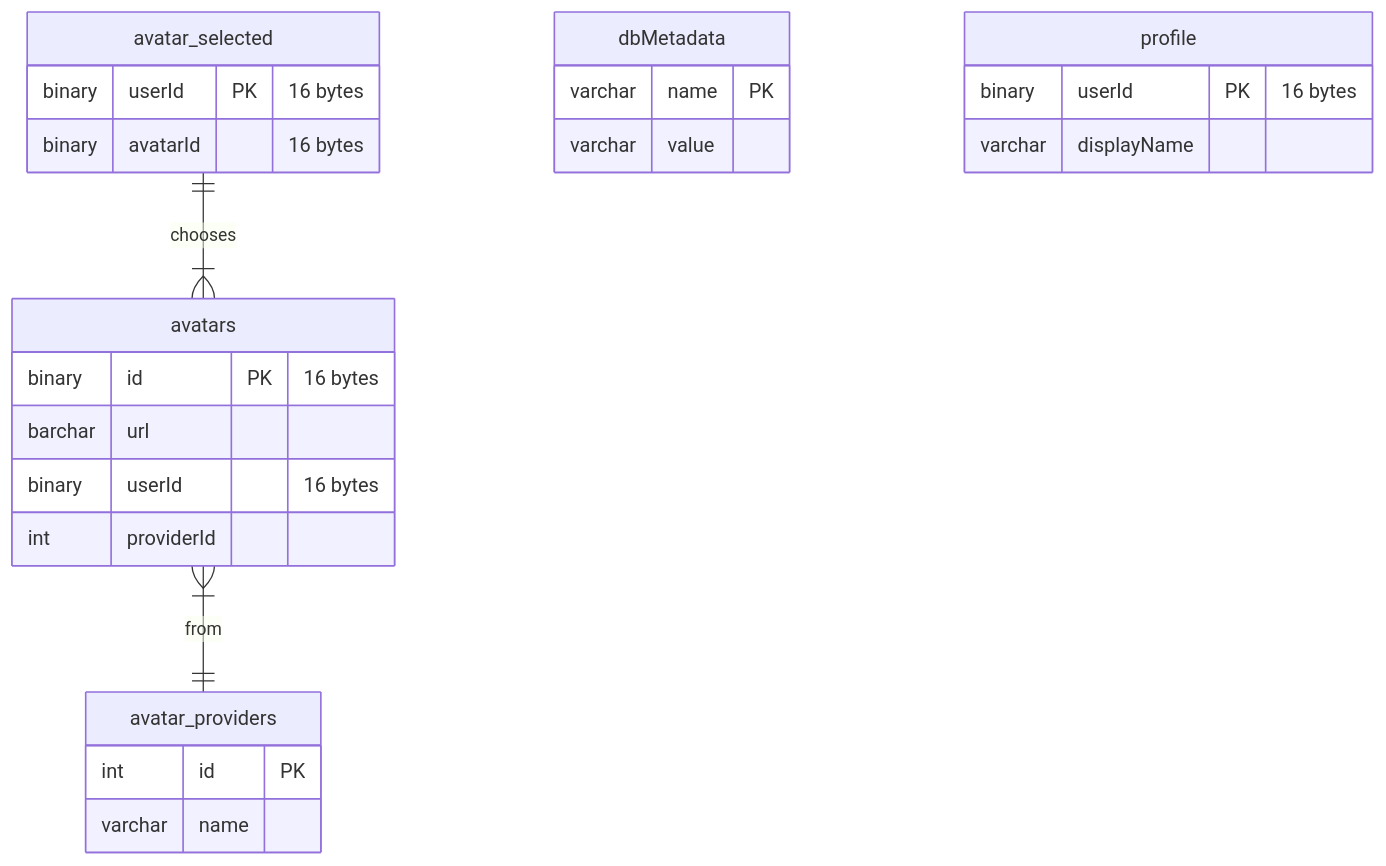
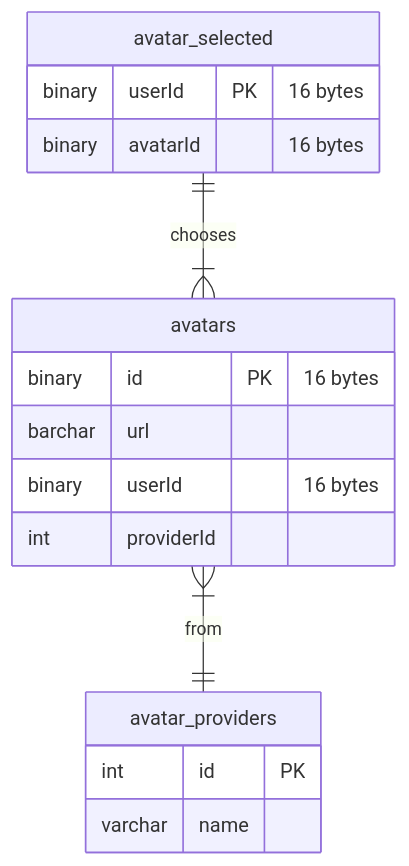
One commit to mozilla/ecosystem-platform changed diagram 17 of 18 in docs/reference/database-structure.md. Above: the diagram before and after it, drawn with Mermaid. The commit also changed other lines of this file, not shown here.

````diff
--- a/docs/reference/database-structure.md
+++ b/docs/reference/database-structure.md
@@ -333,27 +379,19 @@
 ```mermaid
 erDiagram
     avatar_providers {
         int id PK
         varchar name
     }
     avatar_selected ||--|{ avatars : chooses
     avatar_selected {
         binary userId PK "16 bytes"
         binary avatarId "16 bytes"
     }
     avatars }|--|| avatar_providers : from
     avatars {
         binary id PK "16 bytes"
         barchar url
         binary userId "16 bytes"
         int providerId
     }
-    dbMetadata {
-        varchar name PK
-        varchar value
-    }
-    profile {
-        binary userId PK "16 bytes"
-        varchar displayName
-    }
 ```
````
